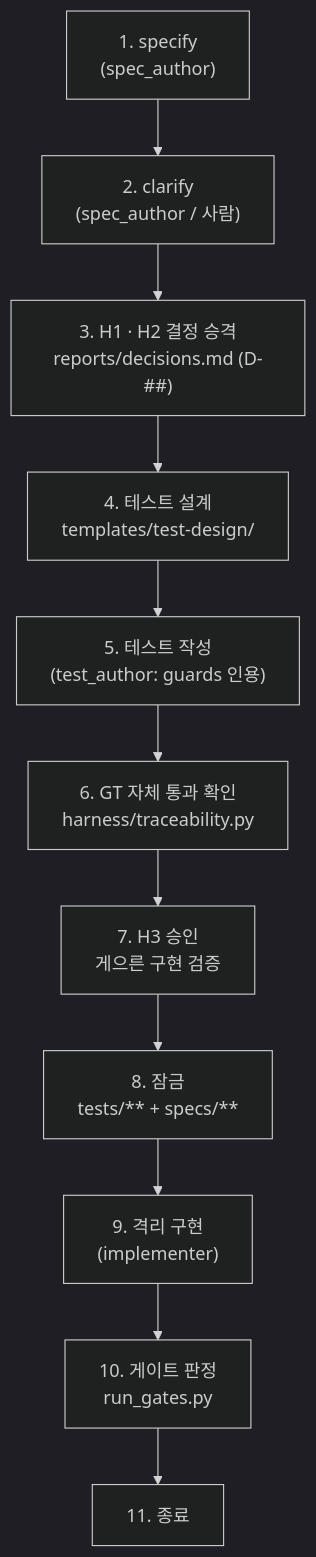
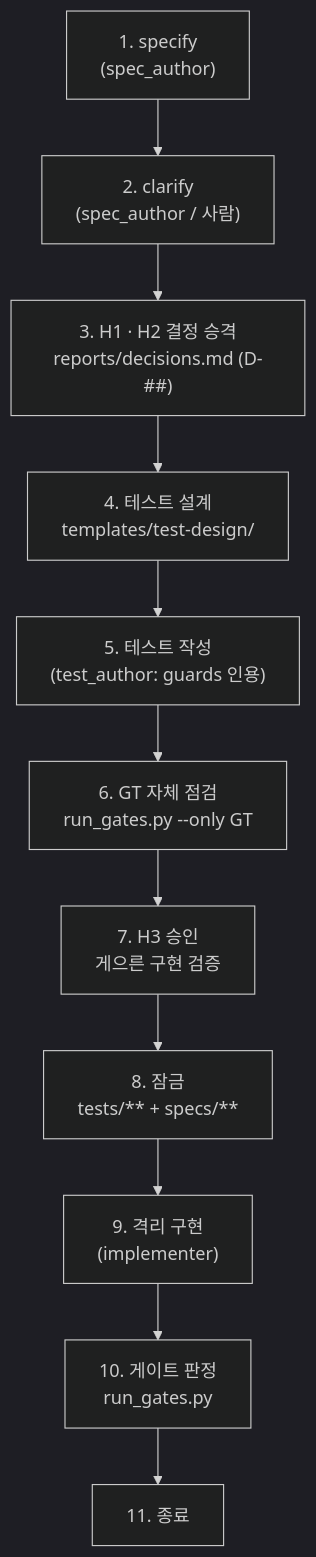
Before and after one commit to rech4210/tdd_agent_harness: the diagram in docs/sdd-integration.md, drawn with Mermaid (dark theme). The commit also changed other lines of this file and 79 other files, not shown here.

````diff
--- a/docs/sdd-integration.md
+++ b/docs/sdd-integration.md
@@ -17,13 +17,13 @@
 ```mermaid
 flowchart TD
     A["1. specify<br/>(spec_author)"] --> B["2. clarify<br/>(spec_author / 사람)"]
     B --> C["3. H1 · H2 결정 승격<br/>reports/decisions.md (D-##)"]
     C --> D["4. 테스트 설계<br/>templates/test-design/"]
     D --> E["5. 테스트 작성<br/>(test_author: guards 인용)"]
-    E --> F["6. GT 자체 통과 확인<br/>harness/traceability.py"]
+    E --> F["6. GT 자체 점검<br/>run_gates.py --only GT"]
     F --> G["7. H3 승인<br/>게으른 구현 검증"]
     G --> H["8. 잠금<br/>tests/** + specs/**"]
     H --> I["9. 격리 구현<br/>(implementer)"]
     I --> J["10. 게이트 판정<br/>run_gates.py"]
     J --> K["11. 종료"]
 ```
````
